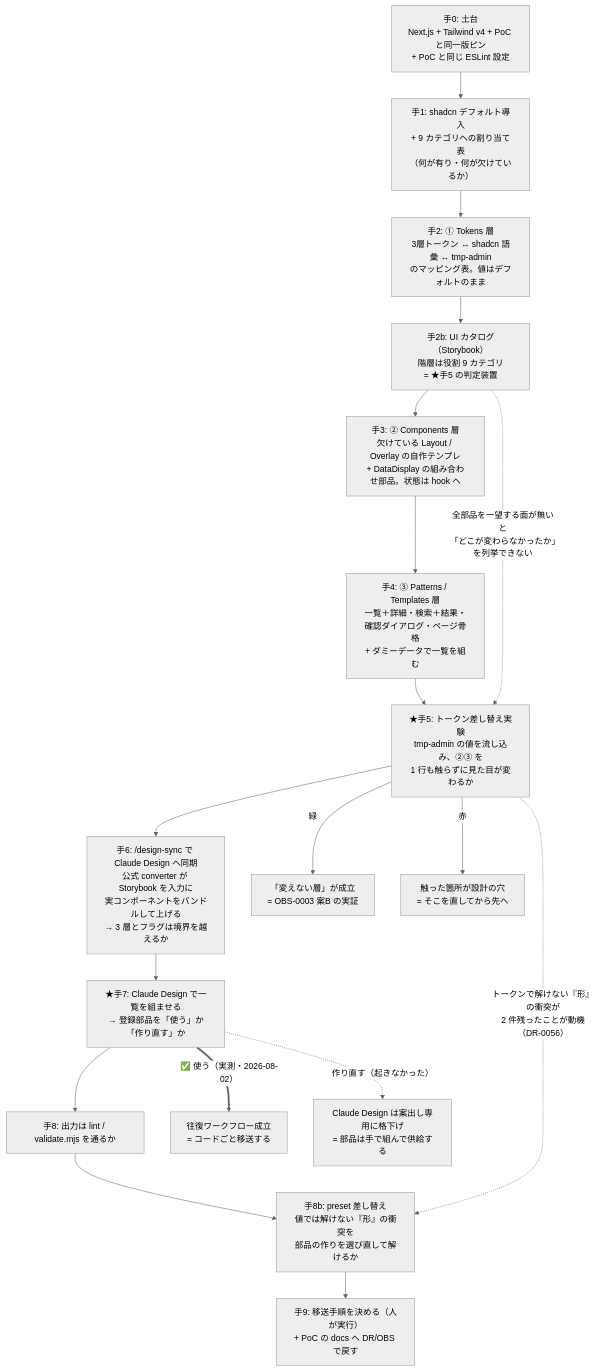
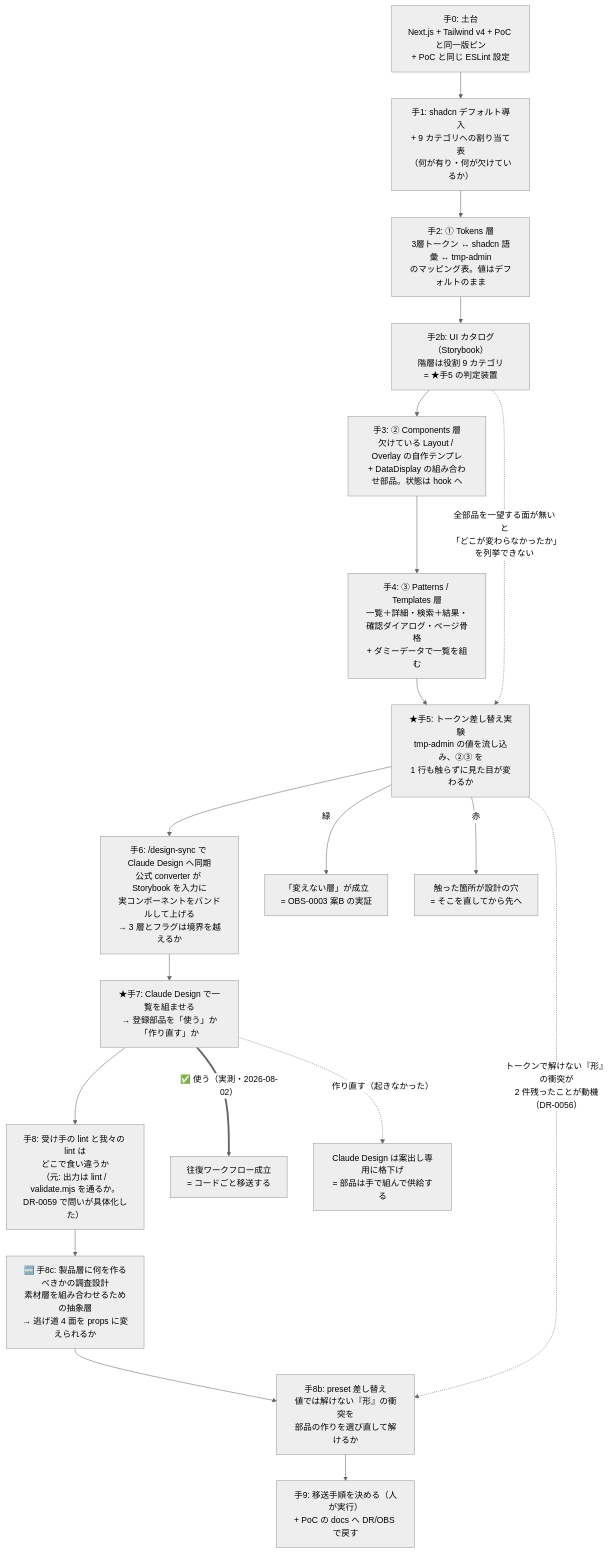
Before and after one commit to yatami0/design: the third of 3 diagrams in docs/UI検証の位置づけと段取り.md, drawn with Mermaid (neutral theme). The commit also changed other lines of this file and 24 other files, not shown here.

````diff
--- a/docs/UI検証の位置づけと段取り.md
+++ b/docs/UI検証の位置づけと段取り.md
@@ -140,24 +140,25 @@
 ```mermaid
 flowchart TD
   H0["手0: 土台<br/>Next.js + Tailwind v4 + PoC と同一版ピン<br/>+ PoC と同じ ESLint 設定"]
   H1["手1: shadcn デフォルト導入<br/>+ 9 カテゴリへの割り当て表<br/>（何が有り・何が欠けているか）"]
   H2["手2: ① Tokens 層<br/>3層トークン ↔ shadcn 語彙 ↔ tmp-admin<br/>のマッピング表。値はデフォルトのまま"]
   H2B["手2b: UI カタログ（Storybook）<br/>階層は役割 9 カテゴリ<br/>= ★手5 の判定装置"]
   H3["手3: ② Components 層<br/>欠けている Layout / Overlay の自作テンプレ<br/>+ DataDisplay の組み合わせ部品。状態は hook へ"]
   H4["手4: ③ Patterns / Templates 層<br/>一覧＋詳細・検索＋結果・確認ダイアログ・ページ骨格<br/>+ ダミーデータで一覧を組む"]
   H5["★手5: トークン差し替え実験<br/>tmp-admin の値を流し込み、②③ を<br/>1 行も触らずに見た目が変わるか"]
   H6["手6: /design-sync で Claude Design へ同期<br/>公式 converter が Storybook を入力に<br/>実コンポーネントをバンドルして上げる<br/>→ 3 層とフラグは境界を越えるか"]
   H7["★手7: Claude Design で一覧を組ませる<br/>→ 登録部品を「使う」か「作り直す」か"]
-  H8["手8: 出力は lint / validate.mjs を通るか"]
+  H8["手8: 受け手の lint と我々の lint は<br/>どこで食い違うか<br/>（元: 出力は lint / validate.mjs を通るか。<br/>DR-0059 で問いが具体化した）"]
+  H8C["🆕 手8c: 製品層に何を作るべきかの調査設計<br/>素材層を組み合わせるための抽象層<br/>→ 逃げ道 4 面を props に変えられるか"]
   H8B["手8b: preset 差し替え<br/>値では解けない『形』の衝突を<br/>部品の作りを選び直して解けるか"]
   H9["手9: 移送手順を決める（人が実行）<br/>+ PoC の docs へ DR/OBS で戻す"]
 
-  H0 --> H1 --> H2 --> H2B --> H3 --> H4 --> H5 --> H6 --> H7 --> H8 --> H8B --> H9
+  H0 --> H1 --> H2 --> H2B --> H3 --> H4 --> H5 --> H6 --> H7 --> H8 --> H8C --> H8B --> H9
   H2B -. "全部品を一望する面が無いと<br/>「どこが変わらなかったか」を列挙できない" .-> H5
   H5 -. "トークンで解けない『形』の衝突が<br/>2 件残ったことが動機（DR-0056）" .-> H8B
 
   H5 -- "緑" --> OK5["「変えない層」が成立<br/>= OBS-0003 案B の実証"]
   H5 -- "赤" --> NG5["触った箇所が設計の穴<br/>= そこを直してから先へ"]
   H7 == "✅ 使う（実測・2026-08-02）" ==> OK7["往復ワークフロー成立<br/>= コードごと移送する"]
   H7 -. "作り直す（起きなかった）" .-> NG7["Claude Design は案出し専用に格下げ<br/>= 部品は手で組んで供給する"]
 ```
````
